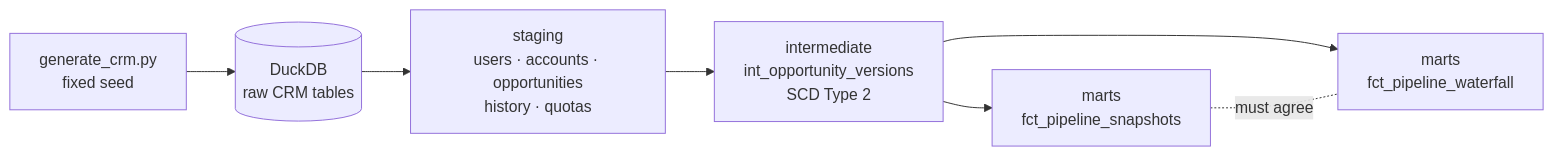
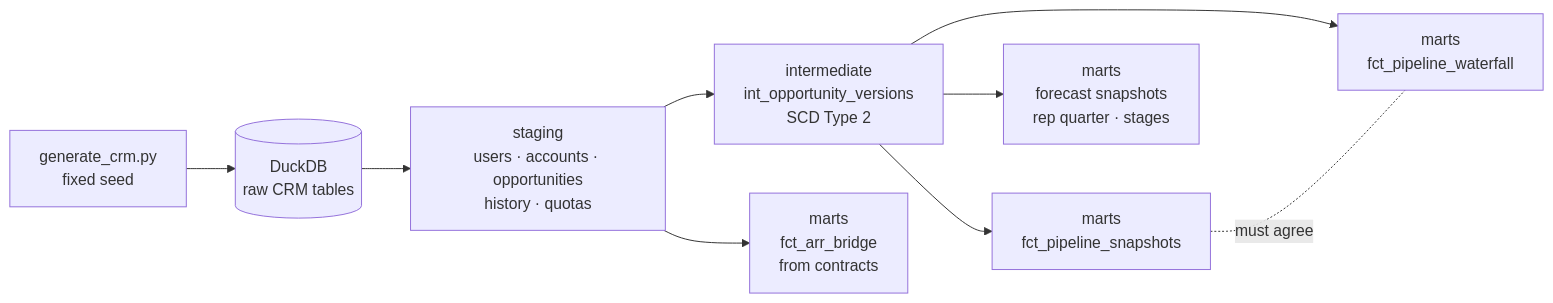
One commit to rajib-k-das/gtm-revenue-operations-mart changed the diagram in README.md. Above: the diagram before and after it, drawn with Mermaid. The commit also changed other lines of this file and 24 other files, not shown here.

````diff
--- a/README.md
+++ b/README.md
@@ -38,9 +44,11 @@
 ```mermaid
 flowchart LR
     G[generate_crm.py<br/>fixed seed] --> R[(DuckDB<br/>raw CRM tables)]
     R --> S[staging<br/>users · accounts · opportunities<br/>history · quotas]
     S --> V[intermediate<br/>int_opportunity_versions<br/>SCD Type 2]
     V --> P[marts<br/>fct_pipeline_snapshots]
     V --> W[marts<br/>fct_pipeline_waterfall]
     P -. must agree .- W
+    V --> F[marts<br/>forecast snapshots<br/>rep quarter · stages]
+    S --> A[marts<br/>fct_arr_bridge<br/>from contracts]
 ```
````
